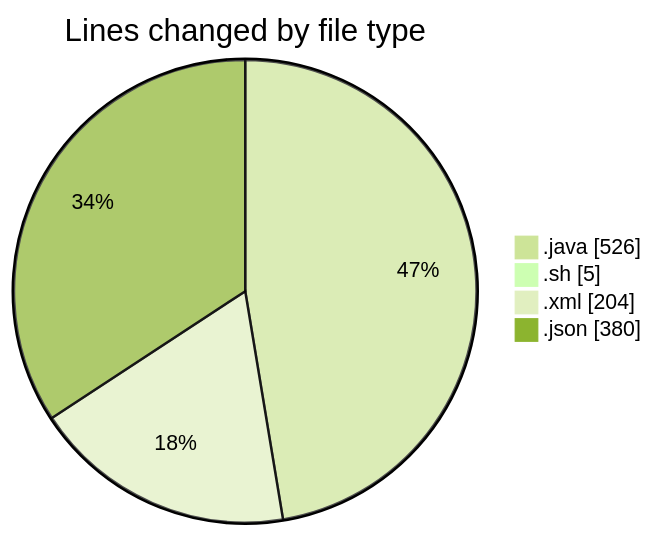
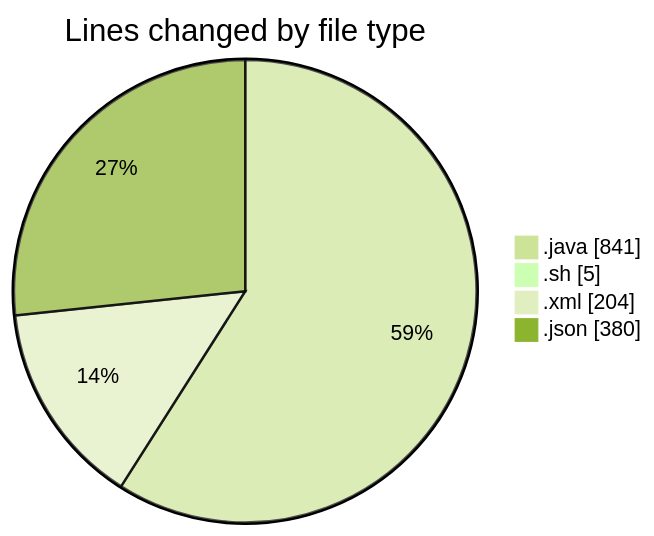
The first of 2 diagrams in 2025-02-19/micros/README.md (charlie-sans/code-tracking), drawn with Mermaid (forest theme) before and after one commit. The commit also changed other lines of this file and 1 other file, not shown here.

````diff
--- a/2025-02-19/micros/README.md
+++ b/2025-02-19/micros/README.md
@@ -27,8 +29,8 @@
 ```mermaid
 pie showData
 title Lines changed by file type
-".java" : 526
+".java" : 841
 ".sh" : 5
 ".xml" : 204
 ".json" : 380
 ```
````
